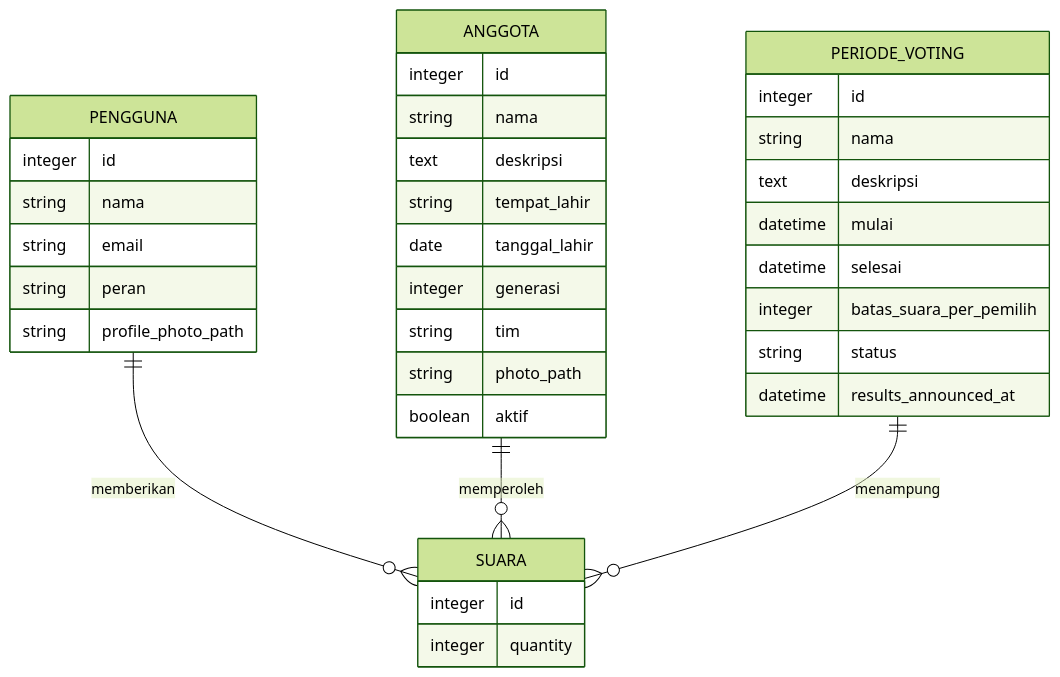
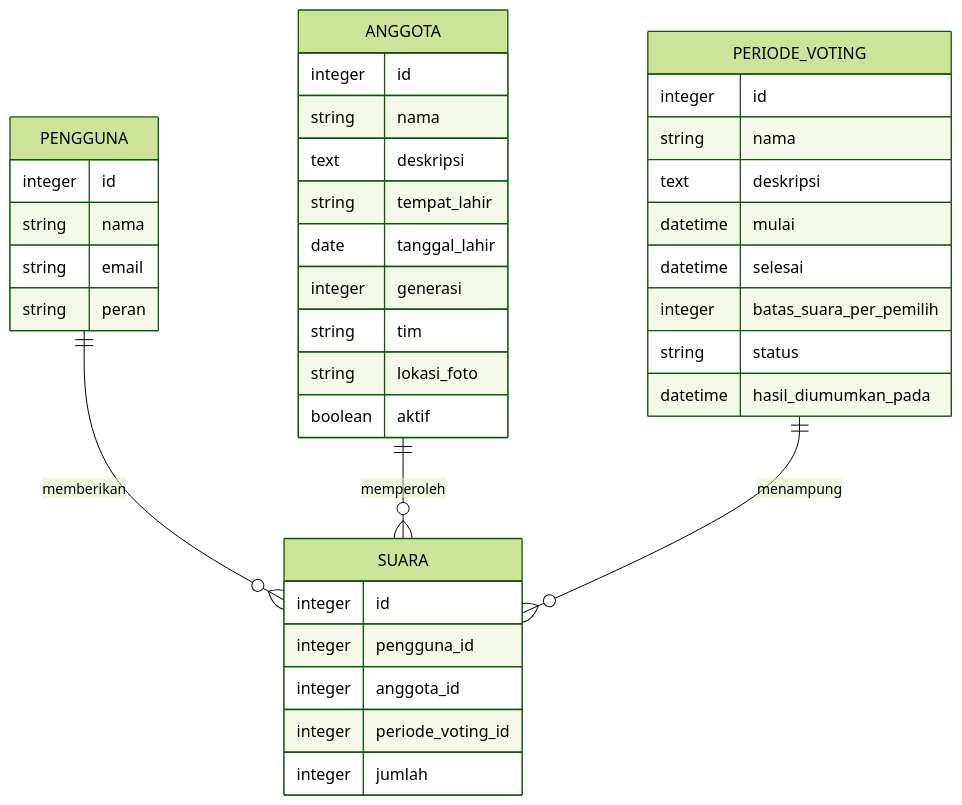
One commit to earthyyo/sistem-voting changed the first of 2 diagrams in docs/model-data.md. Above: the diagram before and after it, drawn with Mermaid (forest theme). The commit also changed other lines of this file and 1 other file, not shown here.

````diff
--- a/docs/model-data.md
+++ b/docs/model-data.md
@@ -9,42 +12,44 @@
 ```mermaid
 erDiagram
     PENGGUNA ||--o{ SUARA : memberikan
     ANGGOTA ||--o{ SUARA : memperoleh
     PERIODE_VOTING ||--o{ SUARA : menampung
 
     PENGGUNA {
         integer id
         string nama
         string email
         string peran
-        string profile_photo_path
     }
 
     ANGGOTA {
         integer id
         string nama
         text deskripsi
         string tempat_lahir
         date tanggal_lahir
         integer generasi
         string tim
-        string photo_path
+        string lokasi_foto
         boolean aktif
     }
 
     PERIODE_VOTING {
         integer id
         string nama
         text deskripsi
         datetime mulai
         datetime selesai
         integer batas_suara_per_pemilih
         string status
-        datetime results_announced_at
+        datetime hasil_diumumkan_pada
     }
 
     SUARA {
         integer id
-        integer quantity
+        integer pengguna_id
+        integer anggota_id
+        integer periode_voting_id
+        integer jumlah
     }
 ```
````
